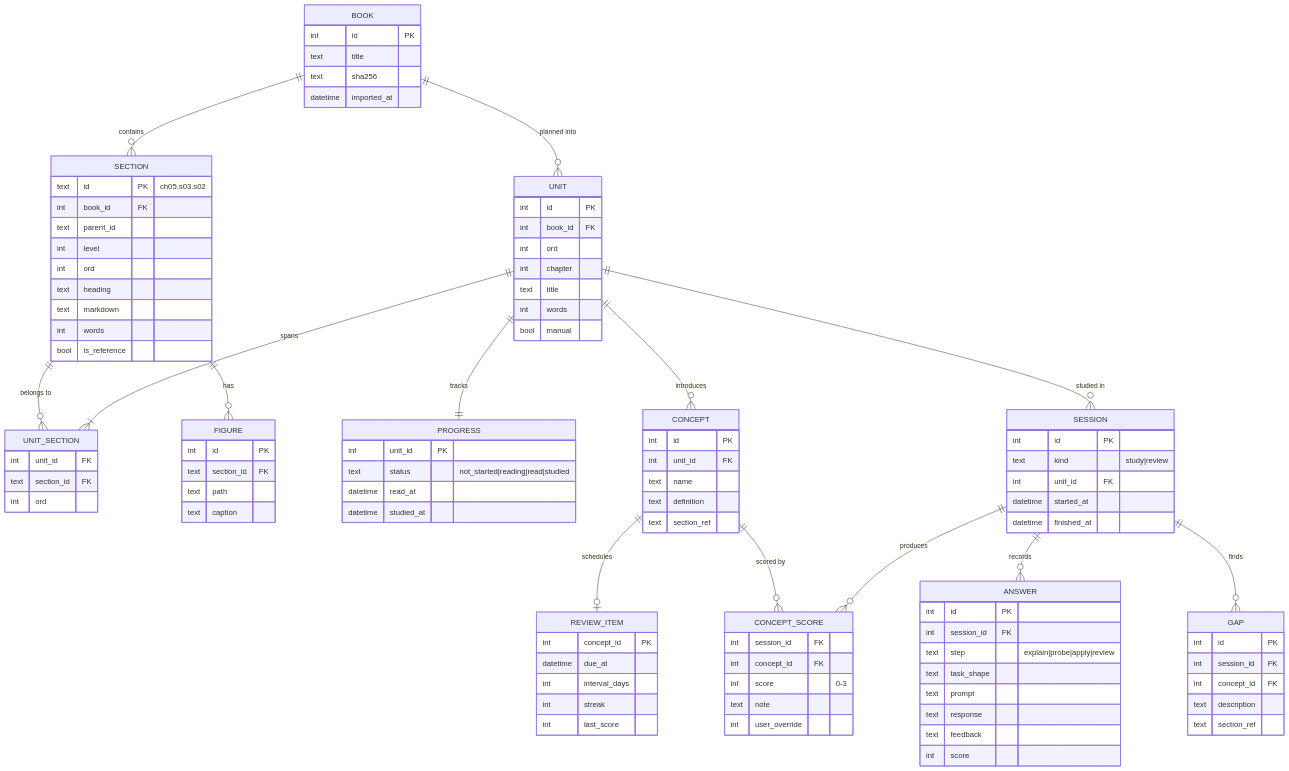
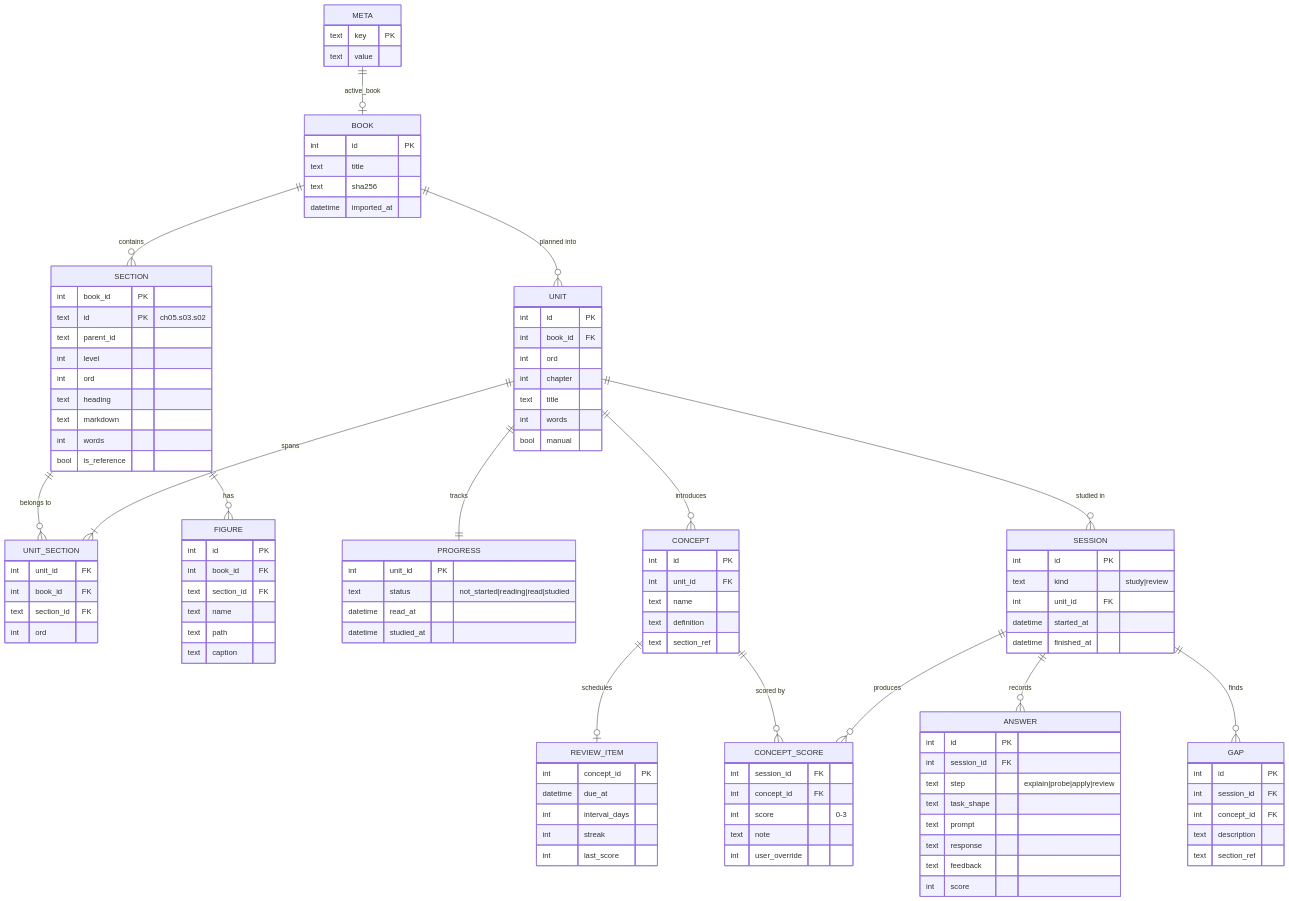
Before and after one commit to paulnopaul/ddia-assist: the diagram in docs/spec/02-data-model.md, drawn with Mermaid. The commit also changed other lines of this file and 7 other files, not shown here.

First line of the commit message:
Spec: several books with one active book (ING-13, DAT-6, DAT-7, MCP-9, MCP-10, REV-9, UI-9, UI-10)

````diff
--- a/docs/spec/02-data-model.md
+++ b/docs/spec/02-data-model.md
@@ -5,29 +5,31 @@
 ```mermaid
 erDiagram
+    META ||--o| BOOK : "active_book"
     BOOK ||--o{ SECTION : contains
     BOOK ||--o{ UNIT : "planned into"
     UNIT ||--|{ UNIT_SECTION : spans
     SECTION ||--o{ UNIT_SECTION : "belongs to"
     SECTION ||--o{ FIGURE : has
     UNIT ||--|| PROGRESS : tracks
     UNIT ||--o{ CONCEPT : introduces
     UNIT ||--o{ SESSION : "studied in"
     SESSION ||--o{ ANSWER : records
     SESSION ||--o{ CONCEPT_SCORE : produces
     SESSION ||--o{ GAP : finds
     CONCEPT ||--o{ CONCEPT_SCORE : "scored by"
     CONCEPT ||--o| REVIEW_ITEM : schedules
 
     BOOK { int id PK  text title  text sha256  datetime imported_at }
-    SECTION { text id PK "ch05.s03.s02"  int book_id FK  text parent_id  int level  int ord  text heading  text markdown  int words  bool is_reference }
-    FIGURE { int id PK  text section_id FK  text path  text caption }
+    META { text key PK  text value }
+    SECTION { int book_id PK  text id PK "ch05.s03.s02"  text parent_id  int level  int ord  text heading  text markdown  int words  bool is_reference }
+    FIGURE { int id PK  int book_id FK  text section_id FK  text name  text path  text caption }
     UNIT { int id PK  int book_id FK  int ord  int chapter  text title  int words  bool manual }
-    UNIT_SECTION { int unit_id FK  text section_id FK  int ord }
+    UNIT_SECTION { int unit_id FK  int book_id FK  text section_id FK  int ord }
     PROGRESS { int unit_id PK  text status "not_started|reading|read|studied"  datetime read_at  datetime studied_at }
     CONCEPT { int id PK  int unit_id FK  text name  text definition  text section_ref }
     SESSION { int id PK  text kind "study|review"  int unit_id FK  datetime started_at  datetime finished_at }
     ANSWER { int id PK  int session_id FK  text step "explain|probe|apply|review"  text task_shape  text prompt  text response  text feedback  int score }
     CONCEPT_SCORE { int session_id FK  int concept_id FK  int score "0-3"  text note  int user_override }
     GAP { int id PK  int session_id FK  int concept_id FK  text description  text section_ref }
     REVIEW_ITEM { int concept_id PK  datetime due_at  int interval_days  int streak  int last_score }
 ```
````
